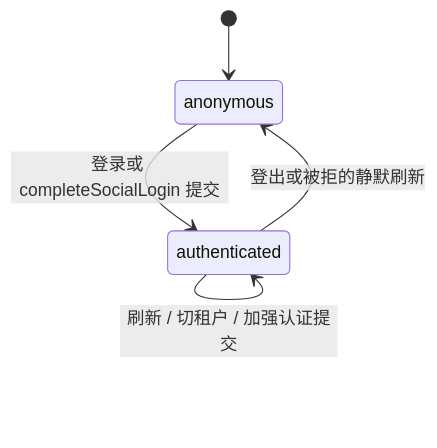
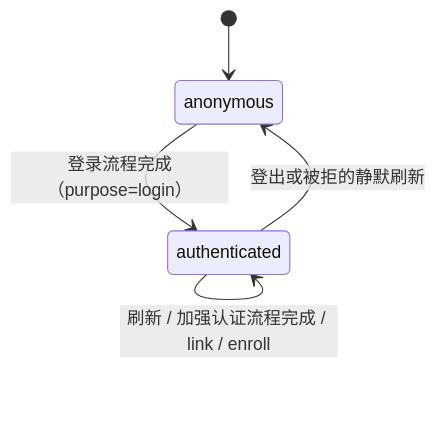
One commit to wangzw/speed changed the diagram in docs/design/modules/web/design-web-auth-core.md. Above: the diagram before and after it, drawn with Mermaid. The commit also changed other lines of this file and 534 other files, not shown here.

````diff
--- a/docs/design/modules/web/design-web-auth-core.md
+++ b/docs/design/modules/web/design-web-auth-core.md
@@ -135,7 +172,7 @@
 ```mermaid
 stateDiagram-v2
     [*] --> anonymous
-    anonymous --> authenticated : 登录或 completeSocialLogin 提交
-    authenticated --> authenticated : 刷新 / 切租户 / 加强认证提交
+    anonymous --> authenticated : 登录流程完成（purpose=login）
+    authenticated --> authenticated : 刷新 / 加强认证流程完成 / link / enroll
     authenticated --> anonymous : 登出或被拒的静默刷新
 ```
````
